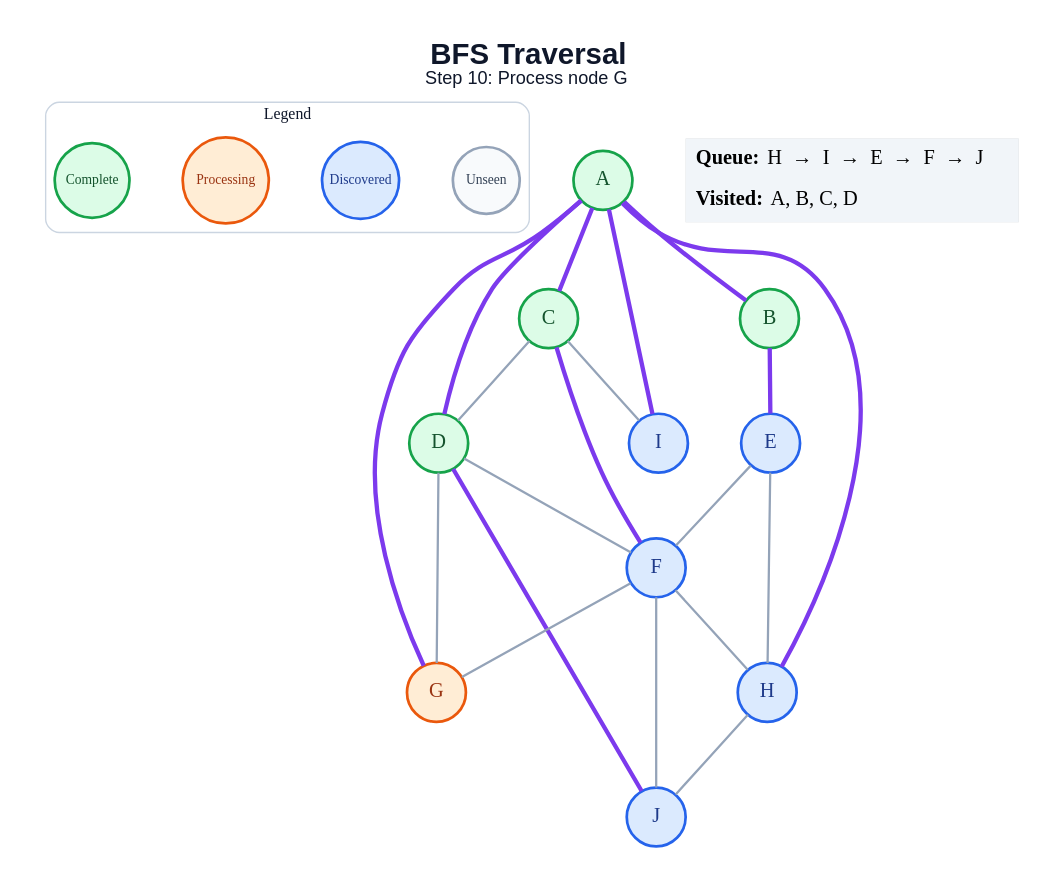
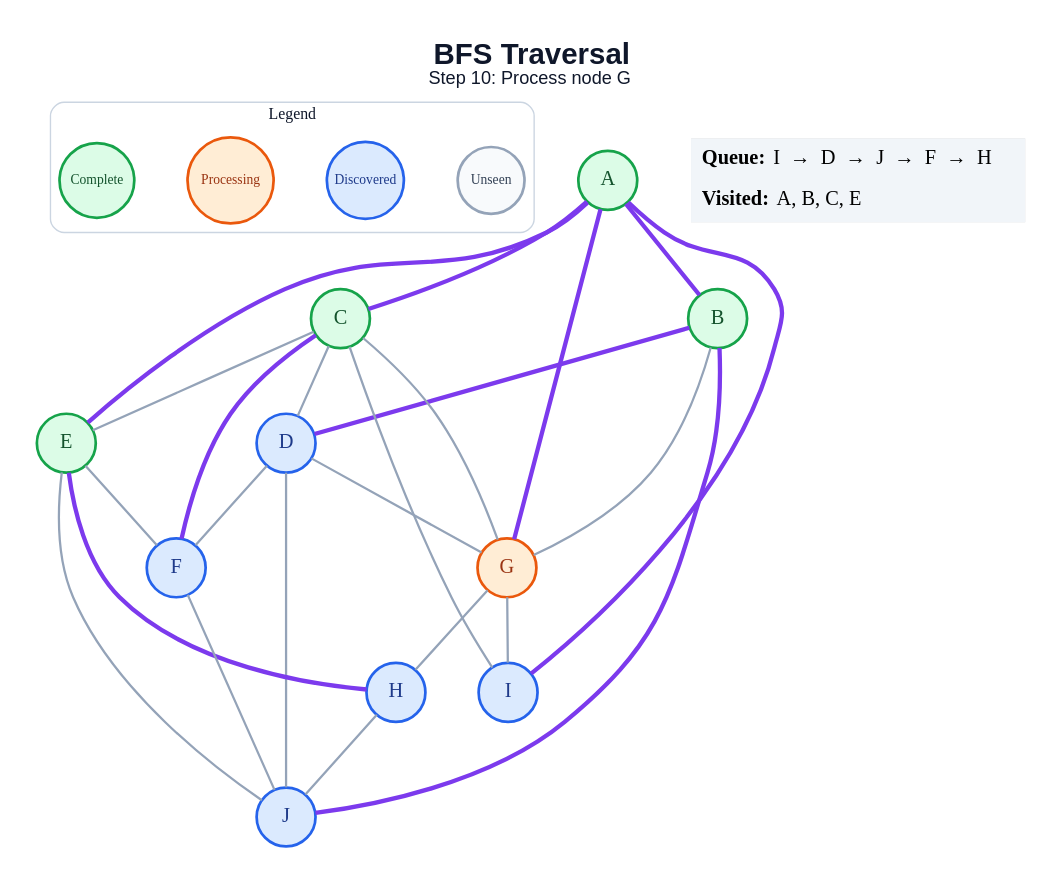
The diagram in generated/bfs/step_10.dot (anon7238593-create/ai-slop), drawn with Graphviz before and after one commit. The commit also changed 171 other files, not shown here.

```diff
--- a/generated/bfs/step_10.dot
+++ b/generated/bfs/step_10.dot
@@ -1,48 +1,52 @@
 graph traversal {
   graph [layout=dot, rankdir=TB, bgcolor="#FFFFFF", pad="0.35", nodesep="0.65", ranksep="0.8", fontname="Arial"];
   node [shape=circle, style="filled", fontname="Arial Bold", fontsize=18, width=0.72, fixedsize=true, penwidth=2.4];
   edge [color="#94A3B8", penwidth=2.0];
   label=<<B>BFS Traversal</B><BR/><FONT POINT-SIZE="16">Step 10: Process node G</FONT>>; labelloc="t"; fontsize=26; fontname="Arial"; fontcolor="#0F172A";
   subgraph cluster_legend { label="Legend"; color="#CBD5E1"; penwidth=1.2; style="rounded"; fontsize=14; fontname="Arial Bold";
     key_unseen [label="Unseen", fillcolor="#F8FAFC", color="#94A3B8", fontcolor="#334155", fontsize=12, width=0.82];
     key_frontier [label="Discovered", fillcolor="#DBEAFE", color="#2563EB", fontcolor="#1E3A8A", fontsize=12, width=0.95];
     key_current [label="Processing", fillcolor="#FFEDD5", color="#EA580C", fontcolor="#9A3412", fontsize=12, width=1.05];
     key_done [label="Complete", fillcolor="#DCFCE7", color="#16A34A", fontcolor="#14532D", fontsize=12, width=0.92];
     { rank=same; key_unseen; key_frontier; key_current; key_done; }
   }
   A [fillcolor="#DCFCE7", color="#16A34A", fontcolor="#14532D"];
   B [fillcolor="#DCFCE7", color="#16A34A", fontcolor="#14532D"];
   C [fillcolor="#DCFCE7", color="#16A34A", fontcolor="#14532D"];
-  D [fillcolor="#DCFCE7", color="#16A34A", fontcolor="#14532D"];
-  E [fillcolor="#DBEAFE", color="#2563EB", fontcolor="#1E3A8A"];
+  D [fillcolor="#DBEAFE", color="#2563EB", fontcolor="#1E3A8A"];
+  E [fillcolor="#DCFCE7", color="#16A34A", fontcolor="#14532D"];
   F [fillcolor="#DBEAFE", color="#2563EB", fontcolor="#1E3A8A"];
   G [fillcolor="#FFEDD5", color="#EA580C", fontcolor="#9A3412"];
   H [fillcolor="#DBEAFE", color="#2563EB", fontcolor="#1E3A8A"];
   I [fillcolor="#DBEAFE", color="#2563EB", fontcolor="#1E3A8A"];
   J [fillcolor="#DBEAFE", color="#2563EB", fontcolor="#1E3A8A"];
   A -- B [color="#7C3AED", penwidth=3.8];
   A -- C [color="#7C3AED", penwidth=3.8];
-  A -- D [color="#7C3AED", penwidth=3.8];
+  A -- E [color="#7C3AED", penwidth=3.8];
   A -- G [color="#7C3AED", penwidth=3.8];
-  A -- H [color="#7C3AED", penwidth=3.8];
   A -- I [color="#7C3AED", penwidth=3.8];
-  B -- E [color="#7C3AED", penwidth=3.8];
+  B -- D [color="#7C3AED", penwidth=3.8];
+  B -- G;
+  B -- J [color="#7C3AED", penwidth=3.8];
   C -- D;
+  C -- E;
   C -- F [color="#7C3AED", penwidth=3.8];
+  C -- G;
   C -- I;
   D -- F;
   D -- G;
-  D -- J [color="#7C3AED", penwidth=3.8];
+  D -- J;
   E -- F;
-  E -- H;
-  F -- G;
-  F -- H;
+  E -- H [color="#7C3AED", penwidth=3.8];
+  E -- J;
   F -- J;
+  G -- H;
+  G -- I;
   H -- J;
   status [shape=plain, fixedsize=false, width=0, height=0, margin=0, label=<
     <TABLE BORDER="0" CELLBORDER="0" CELLPADDING="7" BGCOLOR="#F1F5F9">
-      <TR><TD ALIGN="LEFT"><B>Queue:</B> H  →  I  →  E  →  F  →  J</TD></TR>
-      <TR><TD ALIGN="LEFT"><B>Visited:</B> A, B, C, D</TD></TR>
+      <TR><TD ALIGN="LEFT"><B>Queue:</B> I  →  D  →  J  →  F  →  H</TD></TR>
+      <TR><TD ALIGN="LEFT"><B>Visited:</B> A, B, C, E</TD></TR>
     </TABLE>
   >];
 }
```
